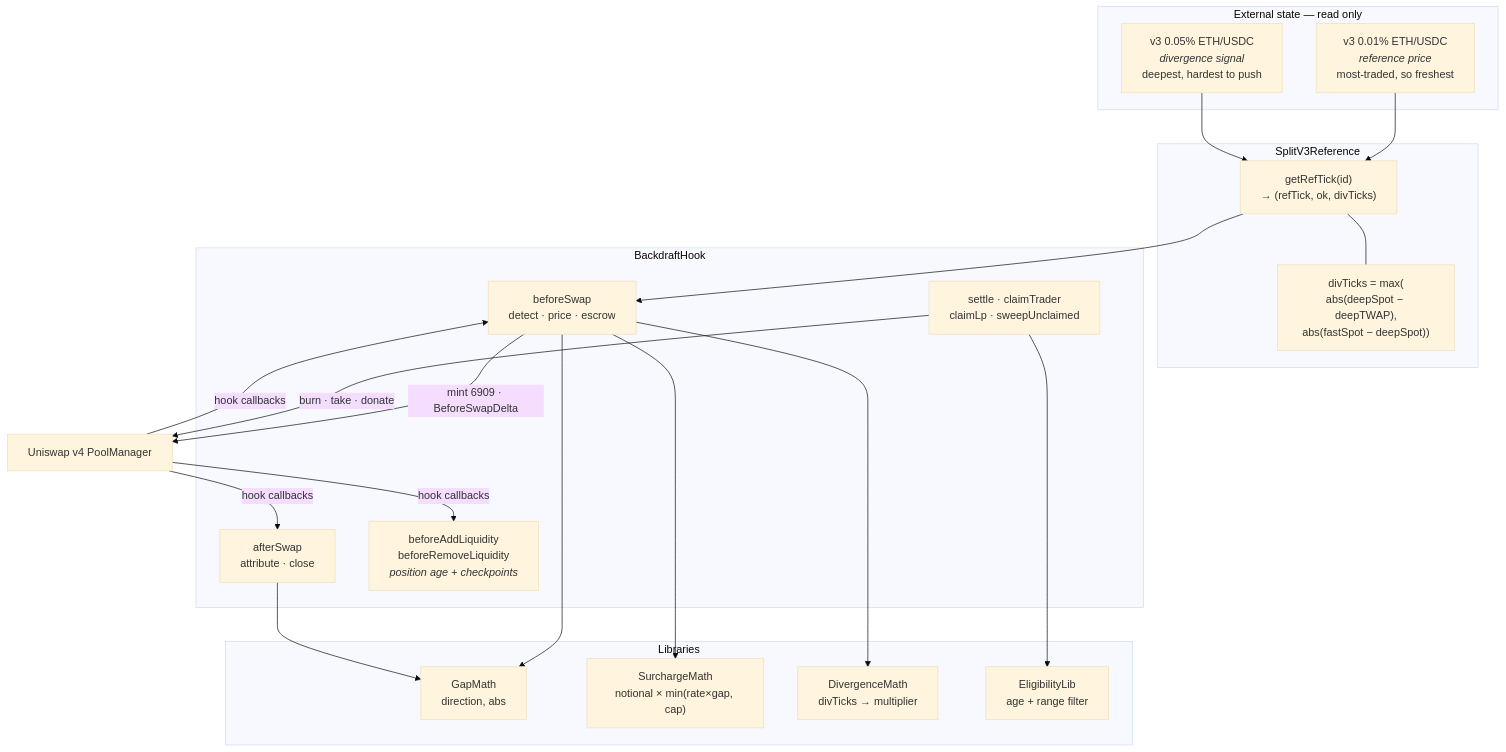
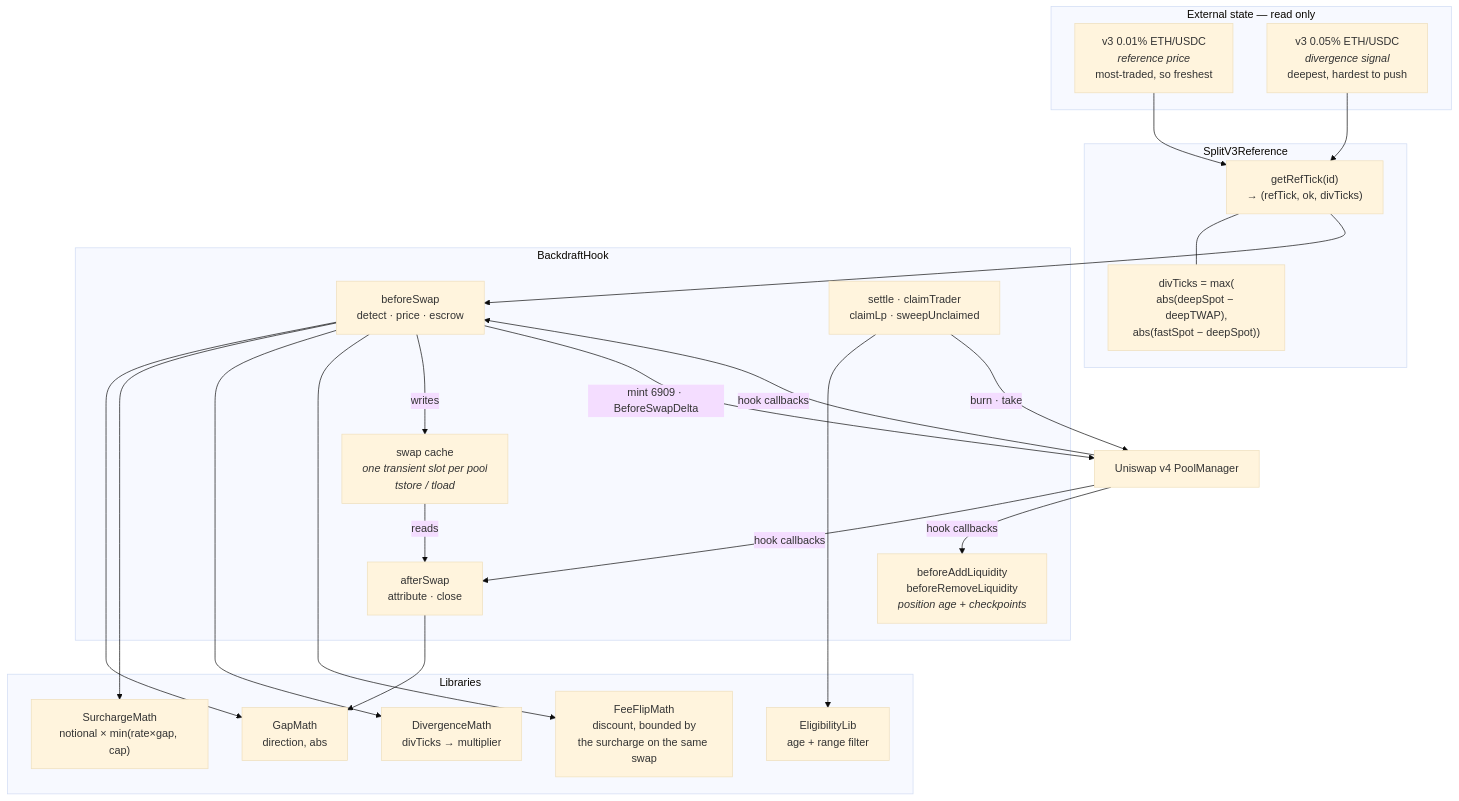
The second of 9 diagrams in ARCHITECTURE.md (mansi0xc/backdraft), drawn with Mermaid (base theme) before and after one commit. The commit also changed other lines of this file and 5 other files, not shown here.

````diff
--- a/ARCHITECTURE.md
+++ b/ARCHITECTURE.md
@@ -47,42 +47,47 @@
 ```mermaid
 flowchart TB
     subgraph external["External state — read only"]
         V3F["v3 0.01% ETH/USDC<br/><i>reference price</i><br/>most-traded, so freshest"]
         V3D["v3 0.05% ETH/USDC<br/><i>divergence signal</i><br/>deepest, hardest to push"]
     end
 
     subgraph oracle["SplitV3Reference"]
         GRT["getRefTick(id)<br/>→ (refTick, ok, divTicks)"]
         GRT --- DIVN["divTicks = max(<br/>abs(deepSpot − deepTWAP),<br/>abs(fastSpot − deepSpot))"]
     end
 
     subgraph hook["BackdraftHook"]
         BS["beforeSwap<br/>detect · price · escrow"]
         AS["afterSwap<br/>attribute · close"]
         LIQ["beforeAddLiquidity<br/>beforeRemoveLiquidity<br/><i>position age + checkpoints</i>"]
+        TC["swap cache<br/><i>one transient slot per pool<br/>tstore / tload</i>"]
         CLAIM["settle · claimTrader<br/>claimLp · sweepUnclaimed"]
     end
 
     subgraph libs["Libraries"]
         GM["GapMath<br/>direction, abs"]
         SM["SurchargeMath<br/>notional × min(rate×gap, cap)"]
         DM["DivergenceMath<br/>divTicks → multiplier"]
+        FF["FeeFlipMath<br/>discount, bounded by<br/>the surcharge on the same swap"]
         EL["EligibilityLib<br/>age + range filter"]
     end
 
     PM["Uniswap v4 PoolManager"]
 
     V3F --> GRT
     V3D --> GRT
     GRT --> BS
     PM -->|"hook callbacks"| BS
     PM -->|"hook callbacks"| AS
     PM -->|"hook callbacks"| LIQ
     BS --> GM
     BS --> SM
     BS --> DM
+    BS --> FF
     AS --> GM
+    BS -->|"writes"| TC
+    TC -->|"reads"| AS
     CLAIM --> EL
     BS -->|"mint 6909 · BeforeSwapDelta"| PM
-    CLAIM -->|"burn · take · donate"| PM
+    CLAIM -->|"burn · take"| PM
 ```
````
